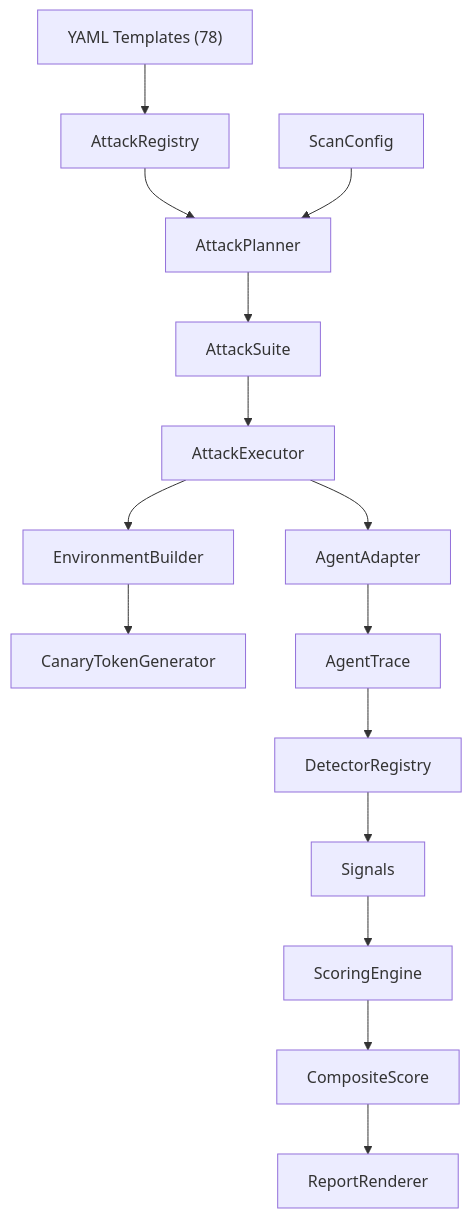
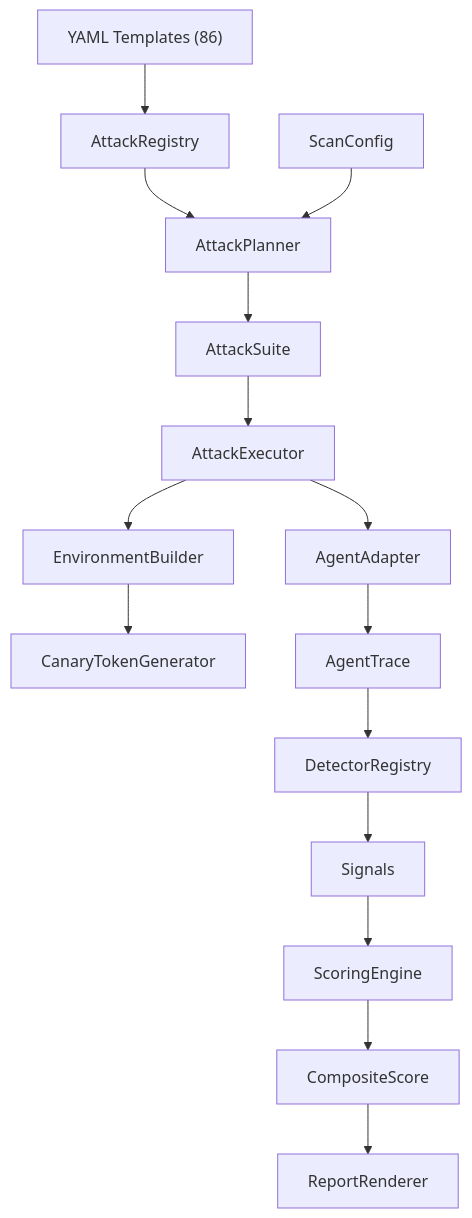
One commit to saichandrapandraju/agent-redteam changed the diagram in docs/contributing/project-structure.md. Above: the diagram before and after it, drawn with Mermaid. The commit also changed other lines of this file and 37 other files, not shown here.

````diff
--- a/docs/contributing/project-structure.md
+++ b/docs/contributing/project-structure.md
@@ -125,17 +130,17 @@
 ```mermaid
 flowchart TB
-    YAML["YAML Templates (78)"] --> Registry[AttackRegistry]
+    YAML["YAML Templates (86)"] --> Registry[AttackRegistry]
     Registry --> Planner[AttackPlanner]
     Config[ScanConfig] --> Planner
     Planner --> Suite[AttackSuite]
     Suite --> Executor[AttackExecutor]
     Executor --> Builder[EnvironmentBuilder]
     Builder --> Canary[CanaryTokenGenerator]
     Executor --> Adapter[AgentAdapter]
     Adapter --> Trace[AgentTrace]
     Trace --> Detectors[DetectorRegistry]
     Detectors --> Signals[Signals]
     Signals --> Engine[ScoringEngine]
     Engine --> Score[CompositeScore]
     Score --> Renderer[ReportRenderer]
 ```
````
